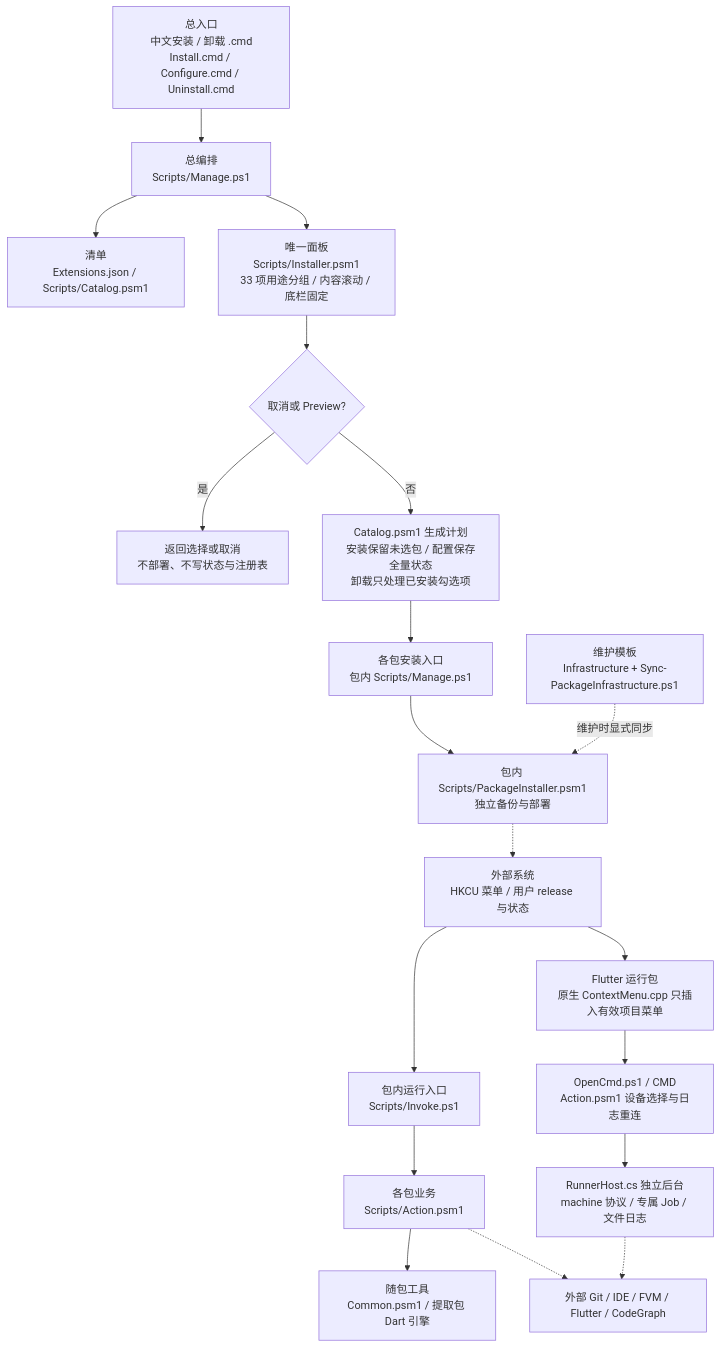
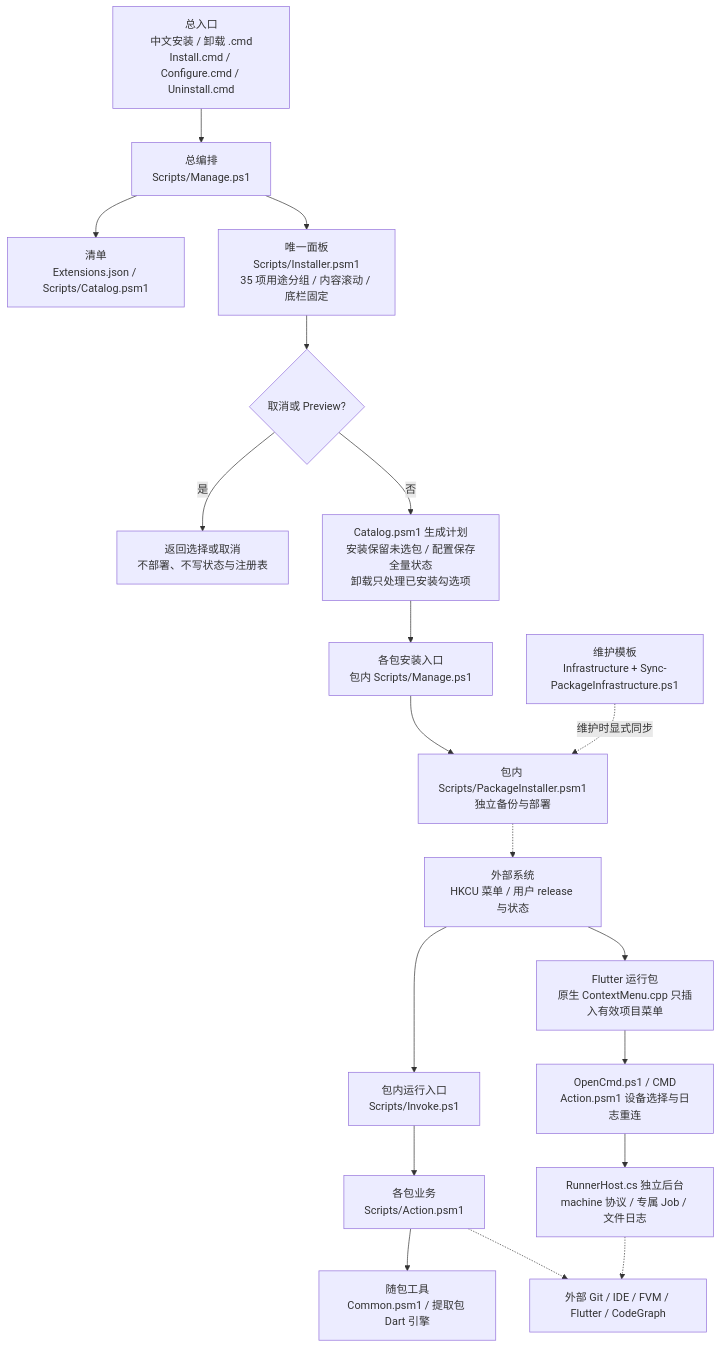
One commit to JobsKits/WindowsOS_Extension changed the first of 3 diagrams in README.md. Above: the diagram before and after it, drawn with Mermaid. The commit also changed other lines of this file and 78 other files, not shown here.

````diff
--- a/README.md
+++ b/README.md
@@ -559,21 +567,21 @@
 ```mermaid
 flowchart TD
     A["总入口<br/>中文安装 / 卸载 .cmd<br/>Install.cmd / Configure.cmd / Uninstall.cmd"] --> B["总编排<br/>Scripts/Manage.ps1"]
     B --> C["清单<br/>Extensions.json / Scripts/Catalog.psm1"]
-    B --> D["唯一面板<br/>Scripts/Installer.psm1<br/>33 项用途分组 / 内容滚动 / 底栏固定"]
+    B --> D["唯一面板<br/>Scripts/Installer.psm1<br/>35 项用途分组 / 内容滚动 / 底栏固定"]
     D --> P{"取消或 Preview?"}
     P -->|是| Q["返回选择或取消<br/>不部署、不写状态与注册表"]
     P -->|否| R["Catalog.psm1 生成计划<br/>安装保留未选包 / 配置保存全量状态<br/>卸载只处理已安装勾选项"]
     R --> E["各包安装入口<br/>包内 Scripts/Manage.ps1"]
     E --> F["包内 Scripts/PackageInstaller.psm1<br/>独立备份与部署"]
     F -.-> G["外部系统<br/>HKCU 菜单 / 用户 release 与状态"]
     G --> H["包内运行入口<br/>Scripts/Invoke.ps1"]
     H --> I["各包业务<br/>Scripts/Action.psm1"]
     I --> J["随包工具<br/>Common.psm1 / 提取包 Dart 引擎"]
     I -.-> K["外部 Git / IDE / FVM / Flutter / CodeGraph"]
     G --> N["Flutter 运行包<br/>原生 ContextMenu.cpp 只插入有效项目菜单"]
     N --> O["OpenCmd.ps1 / CMD<br/>Action.psm1 设备选择与日志重连"]
     O --> T["RunnerHost.cs 独立后台<br/>machine 协议 / 专属 Job / 文件日志"]
     T -.-> K
     L["维护模板<br/>Infrastructure + Sync-PackageInfrastructure.ps1"] -.->|维护时显式同步| F
 ```
````
